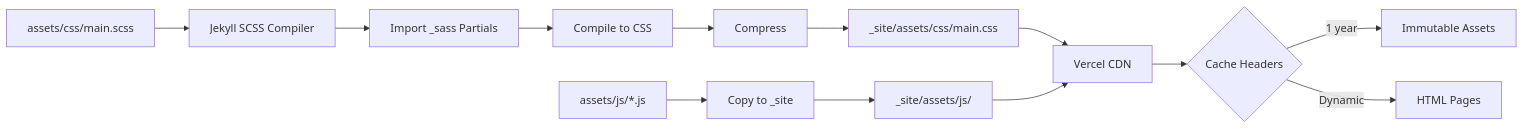
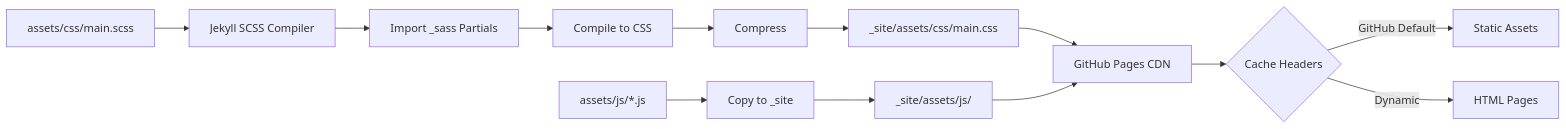
One commit to aledlie/aledlie.github.io changed the fifth of 10 diagrams in docs/ARCHITECTURE-DATA-FLOWS.md. Above: the diagram before and after it, drawn with Mermaid. The commit also changed other lines of this file and 1 other file, not shown here.

First line of the commit message:
docs: update architecture docs for GitHub Pages deployment

````diff
--- a/docs/ARCHITECTURE-DATA-FLOWS.md
+++ b/docs/ARCHITECTURE-DATA-FLOWS.md
@@ -374,18 +386,18 @@
 ```mermaid
 graph LR
     A[assets/css/main.scss] --> B[Jekyll SCSS Compiler]
     B --> C[Import _sass Partials]
     C --> D[Compile to CSS]
     D --> E[Compress]
     E --> F[_site/assets/css/main.css]
 
     G[assets/js/*.js] --> H[Copy to _site]
     H --> I[_site/assets/js/]
 
-    F --> J[Vercel CDN]
+    F --> J[GitHub Pages CDN]
     I --> J
 
     J --> K{Cache Headers}
-    K -->|1 year| L[Immutable Assets]
+    K -->|GitHub Default| L[Static Assets]
     K -->|Dynamic| M[HTML Pages]
 ```
````
